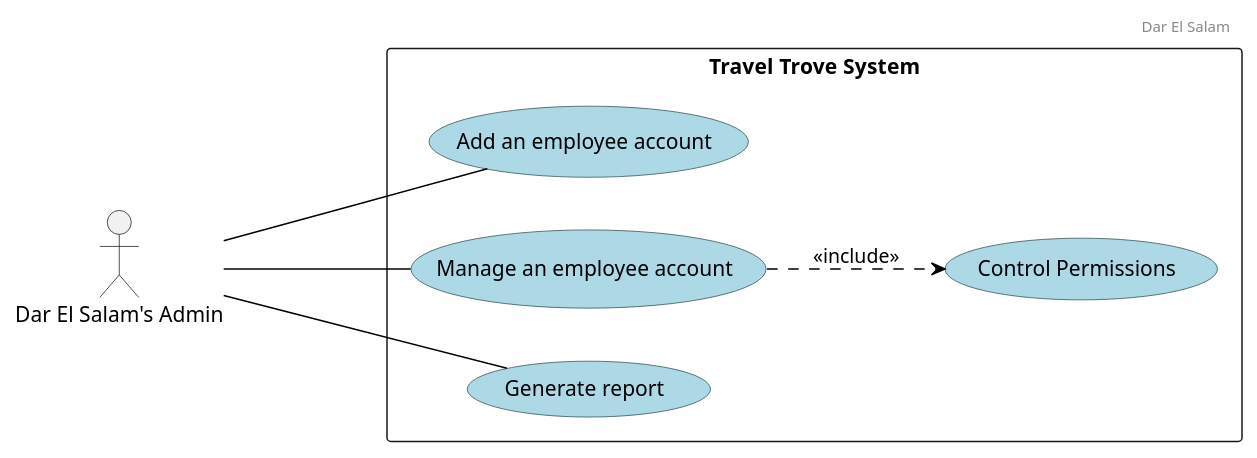
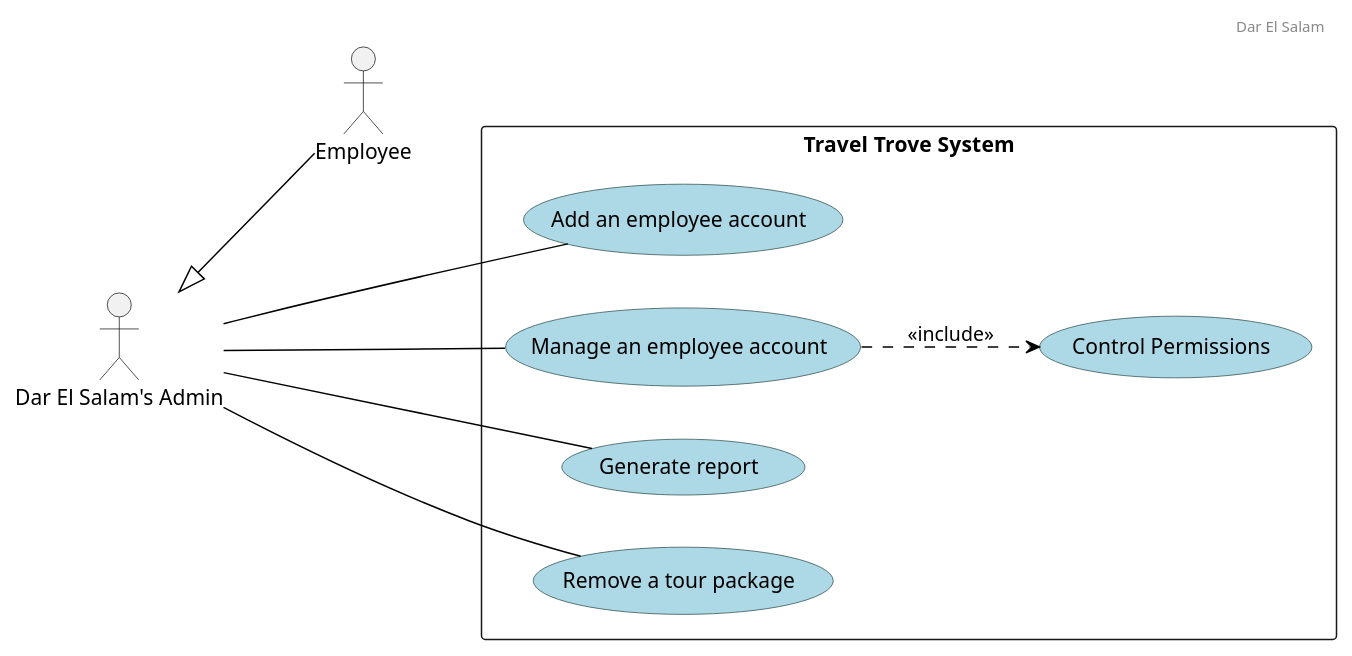
The diagram in diagrams/use cases/Admin.puml (Hares-2088/TravelTrove), drawn with PlantUML before and after one commit. The commit also changed 1 other file, not shown here.

```diff
--- a/diagrams/use cases/Admin.puml
+++ b/diagrams/use cases/Admin.puml
@@ -1,32 +1,34 @@
 @startuml
 scale 1
 left to right direction
 
 header
 Dar El Salam
 endheader
 
 ' Custom skin parameters for use cases
 skinparam usecase {
     BackgroundColor lightblue
     BorderColor DarkSlateGray
     ArrowColor Black
 }
 
 actor "Dar El Salam's Admin" as Admin
 
 rectangle "Travel Trove System" {
 
     usecase "Add an employee account"
     usecase "Manage an employee account"
     usecase "Control Permissions"
     usecase "Generate report"
+    usecase "Remove a tour package"
 }
 
 "Manage an employee account" ..> "Control Permissions" : <<include>>
-
+Admin<|-- Employee
 Admin --- "Add an employee account"
 Admin -- "Manage an employee account"
 Admin -- "Generate report"
+Admin -- "Remove a tour package"
 
 @enduml
```
